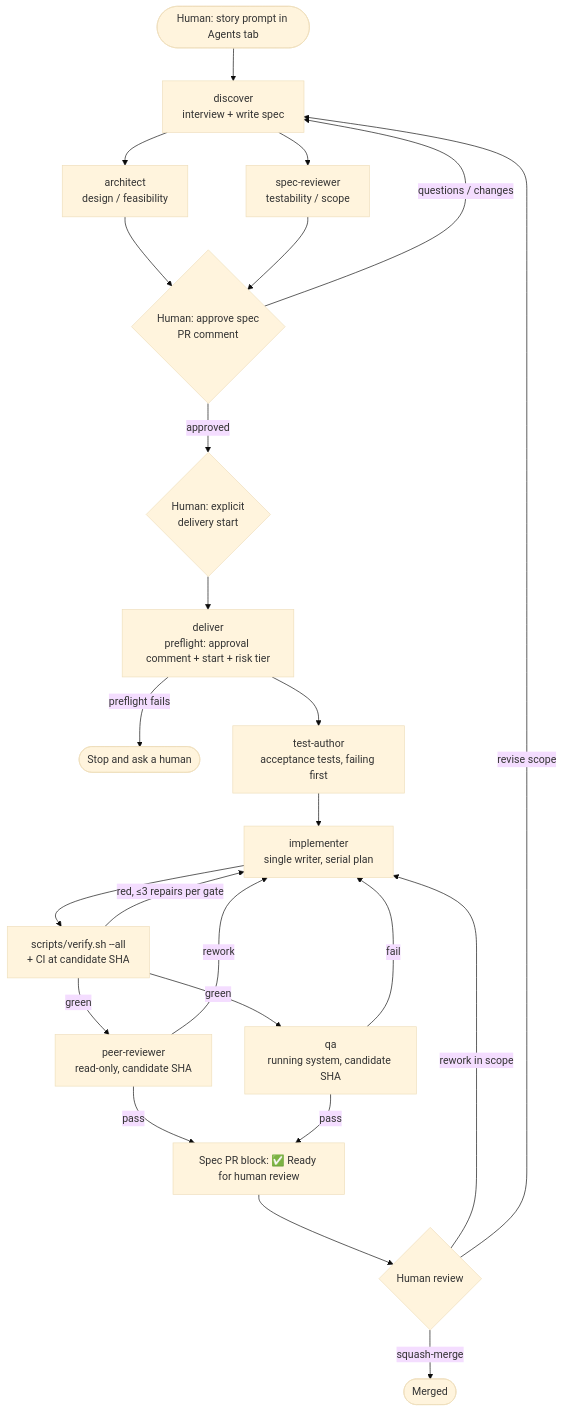
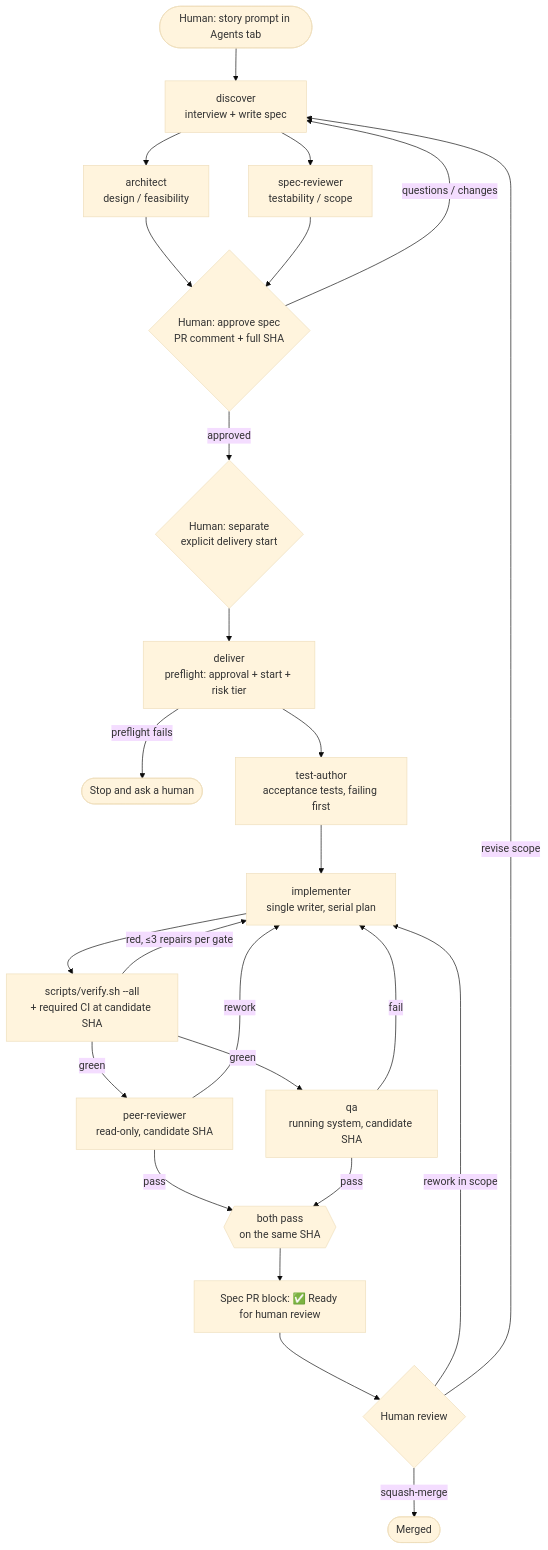
Before and after one commit to dustinkorzaan/gh2-agent-only: the diagram in docs/agentic-workflow/process.md, drawn with Mermaid (base theme). The commit also changed other lines of this file and 6 other files, not shown here.

````diff
--- a/docs/agentic-workflow/process.md
+++ b/docs/agentic-workflow/process.md
@@ -22,26 +25,27 @@
 ```mermaid
 flowchart TD
     A([Human: story prompt in Agents tab]) --> D[discover<br/>interview + write spec]
     D --> AR[architect<br/>design / feasibility]
     D --> SR[spec-reviewer<br/>testability / scope]
-    AR --> H1{Human: approve spec<br/>PR comment}
+    AR --> H1{Human: approve spec<br/>PR comment + full SHA}
     SR --> H1
     H1 -- questions / changes --> D
-    H1 -- approved --> H2{Human: explicit<br/>delivery start}
-    H2 --> DL[deliver<br/>preflight: approval comment + start + risk tier]
+    H1 -- approved --> H2{Human: separate<br/>explicit delivery start}
+    H2 --> DL[deliver<br/>preflight: approval + start + risk tier]
     DL -- preflight fails --> STOP([Stop and ask a human])
     DL --> TA[test-author<br/>acceptance tests, failing first]
     TA --> IM[implementer<br/>single writer, serial plan]
-    IM --> V[scripts/verify.sh --all<br/>+ CI at candidate SHA]
+    IM --> V[scripts/verify.sh --all<br/>+ required CI at candidate SHA]
     V -- red, ≤3 repairs per gate --> IM
     V -- green --> PR[peer-reviewer<br/>read-only, candidate SHA]
     V -- green --> QA[qa<br/>running system, candidate SHA]
     PR -- rework --> IM
     QA -- fail --> IM
-    PR -- pass --> R[Spec PR block: ✅ Ready for human review]
-    QA -- pass --> R
+    PR -- pass --> J{{both pass<br/>on the same SHA}}
+    QA -- pass --> J
+    J --> R[Spec PR block: ✅ Ready for human review]
     R --> H3{Human review}
     H3 -- rework in scope --> IM
     H3 -- revise scope --> D
     H3 -- squash-merge --> M([Merged])
 ```
````
